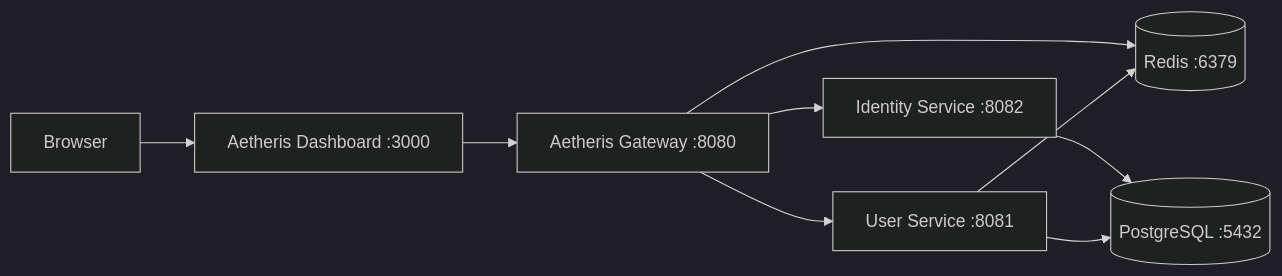
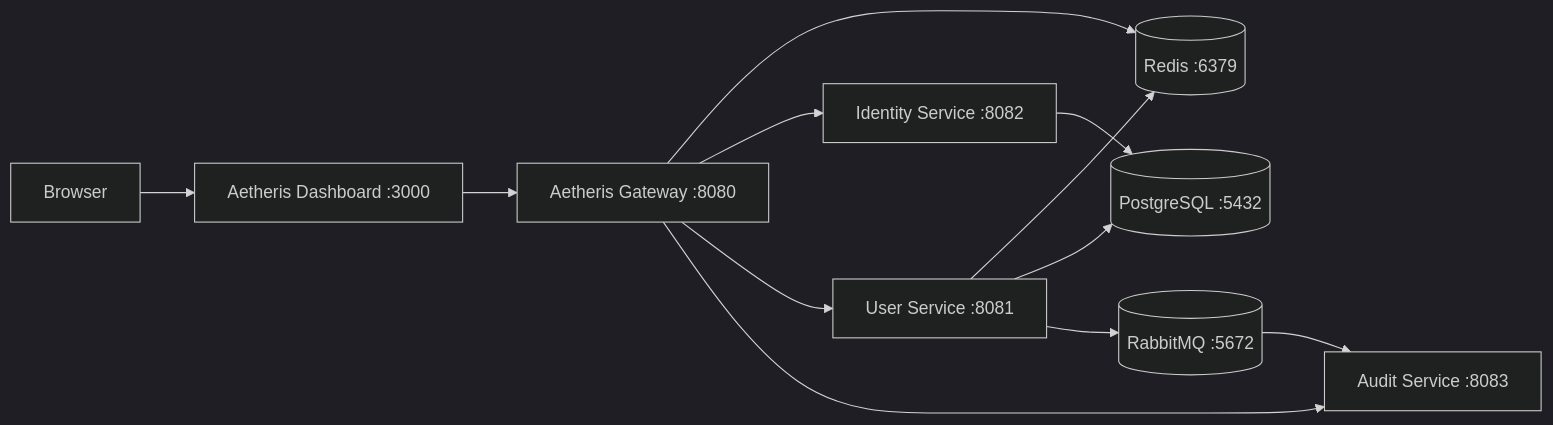
Before and after one commit to teldigi5-wq/aetheris-platform: the diagram in README.md, drawn with Mermaid (dark theme). The commit also changed other lines of this file, not shown here.

Commit message:
Stage 4: document RabbitMQ event architecture

````diff
--- a/README.md
+++ b/README.md
@@ -18,11 +19,14 @@
 ```mermaid
 flowchart LR
     U[Browser] --> D[Aetheris Dashboard :3000]
     D --> G[Aetheris Gateway :8080]
     G --> R[(Redis :6379)]
     G --> I[Identity Service :8082]
     G --> S[User Service :8081]
+    G --> A[Audit Service :8083]
     S --> R
     I --> P[(PostgreSQL :5432)]
     S --> P
+    S --> M[(RabbitMQ :5672)]
+    M --> A
 ```
````
